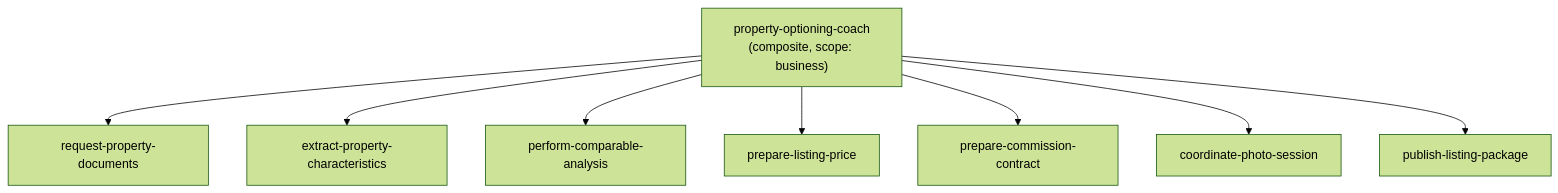
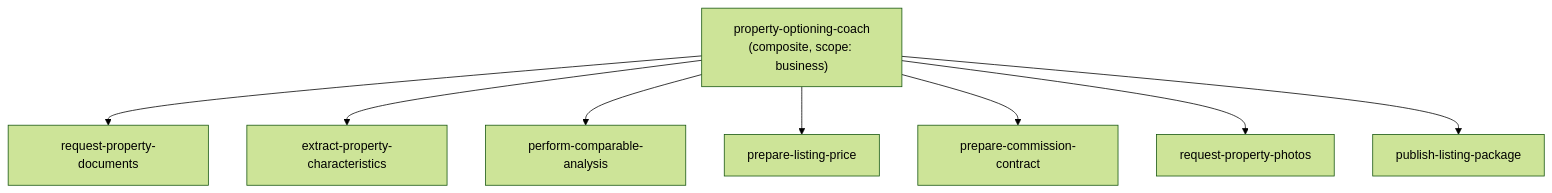
One commit to janotowers/10x-builders-agent changed the seventh of 8 diagrams in docs/operational-cases/architecture.md. Above: the diagram before and after it, drawn with Mermaid (forest theme). The commit also changed 12 other files, not shown here.

First line of the commit message:
feat(db): rename property optioning photos step and publish labels

````diff
--- a/docs/operational-cases/architecture.md
+++ b/docs/operational-cases/architecture.md
@@ -474,19 +474,19 @@
 ```mermaid
 flowchart TB
   COMP["property-optioning-coach<br/>(composite, scope: business)"]
   A1["request-property-documents"]
   A2["extract-property-characteristics"]
   A3["perform-comparable-analysis"]
   A4["prepare-listing-price"]
   A5["prepare-commission-contract"]
-  A6["coordinate-photo-session"]
+  A6["request-property-photos"]
   A7["publish-listing-package"]
 
   COMP --> A1
   COMP --> A2
   COMP --> A3
   COMP --> A4
   COMP --> A5
   COMP --> A6
   COMP --> A7
 ```
````
